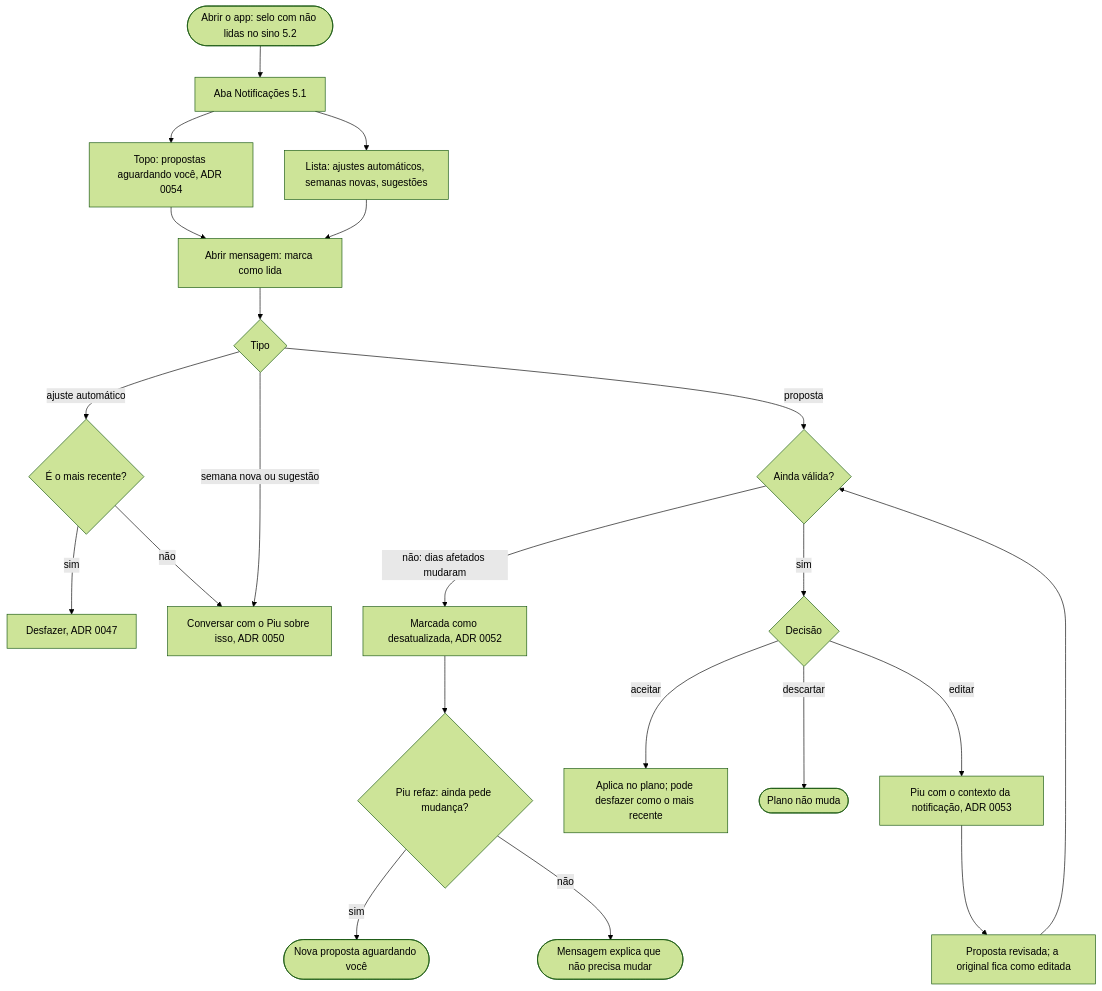
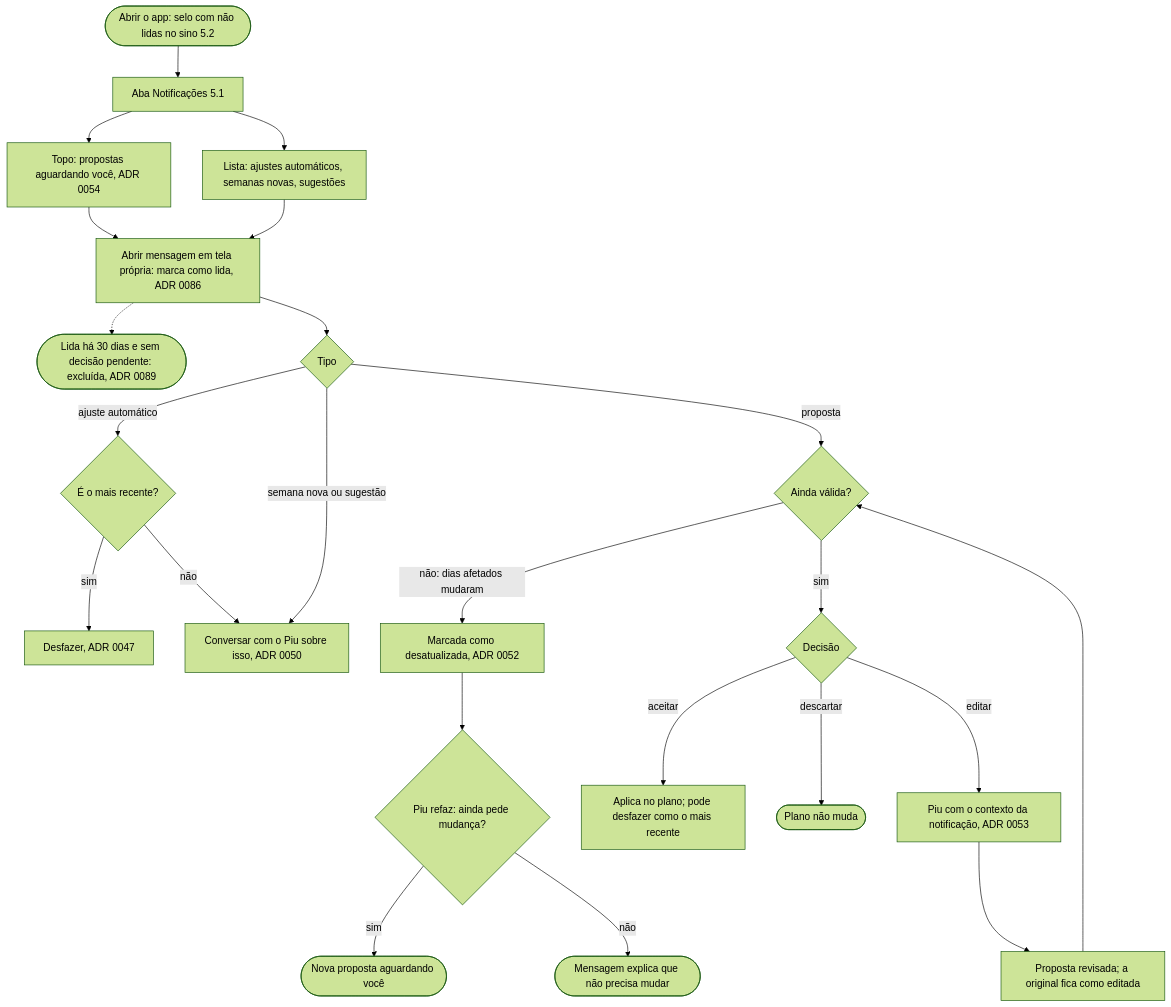
Before and after one commit to cruzvini/app-corrida: the eighth of 11 diagrams in docs/fluxos.md, drawn with Mermaid (forest theme). The commit also changed 2 other files, not shown here.

Commit message:
docs: conclui o wireframe de Notificações
Aplica os ADRs 0086 a 0089 no wireframe e no fluxo da jornada 5: mensagem em tela própria, lista cronológica e exclusão das lidas após 30 dias.

````diff
--- a/docs/fluxos.md
+++ b/docs/fluxos.md
@@ -197,24 +197,25 @@
 ```mermaid
 flowchart TD
   A([Abrir o app: selo com não lidas no sino 5.2]) --> B[Aba Notificações 5.1]
   B --> B1[Topo: propostas aguardando você, ADR 0054]
   B --> B2[Lista: ajustes automáticos, semanas novas, sugestões]
-  B1 --> M[Abrir mensagem: marca como lida]
+  B1 --> M[Abrir mensagem em tela própria: marca como lida, ADR 0086]
   B2 --> M
+  M -.-> X([Lida há 30 dias e sem decisão pendente: excluída, ADR 0089])
   M --> T{Tipo}
   T -- ajuste automático --> AJ{É o mais recente?}
   AJ -- sim --> AJ1[Desfazer, ADR 0047]
   AJ -- não --> PIU[Conversar com o Piu sobre isso, ADR 0050]
   T -- semana nova ou sugestão --> PIU
   T -- proposta --> P{Ainda válida?}
   P -- não: dias afetados mudaram --> V[Marcada como desatualizada, ADR 0052]
   V --> V1{Piu refaz: ainda pede mudança?}
   V1 -- sim --> NOVA([Nova proposta aguardando você])
   V1 -- não --> V2([Mensagem explica que não precisa mudar])
   P -- sim --> D{Decisão}
   D -- aceitar --> AC[Aplica no plano; pode desfazer como o mais recente]
   D -- descartar --> DS([Plano não muda])
   D -- editar --> ED[Piu com o contexto da notificação, ADR 0053]
   ED --> ED1[Proposta revisada; a original fica como editada]
   ED1 --> P
 ```
````
